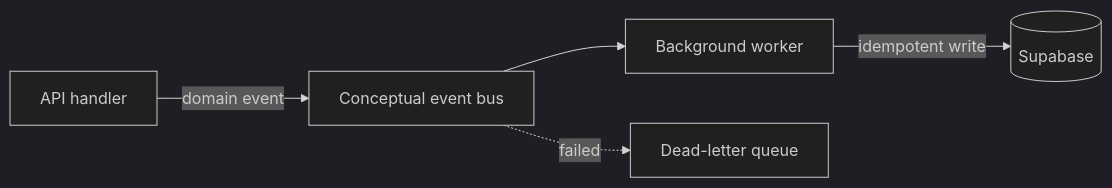
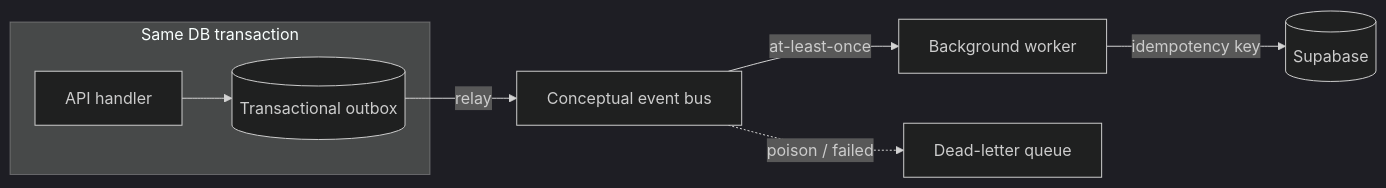
One commit to wewesemsem/scanandfind-lab changed the fifth of 10 diagrams in docs/architecture-reference.md. Above: the diagram before and after it, drawn with Mermaid (dark theme). The commit also changed other lines of this file and 1 other file, not shown here.

Commit message:
gke diagram + phases

````diff
--- a/docs/architecture-reference.md
+++ b/docs/architecture-reference.md
@@ -141,7 +141,12 @@
 ```mermaid
 flowchart LR
-  API[API handler] -->|domain event| Bus[Conceptual event bus]
-  Bus --> Worker[Background worker]
-  Worker -->|idempotent write| SB[(Supabase)]
-  Bus -.->|failed| DLQ[Dead-letter queue]
+  subgraph txn [Same DB transaction]
+    API[API handler]
+    Outbox[(Transactional outbox)]
+    API --> Outbox
+  end
+  Outbox -->|relay| Bus[Conceptual event bus]
+  Bus -->|at-least-once| Worker[Background worker]
+  Worker -->|idempotency key| SB[(Supabase)]
+  Bus -.->|poison / failed| DLQ[Dead-letter queue]
 ```
````
